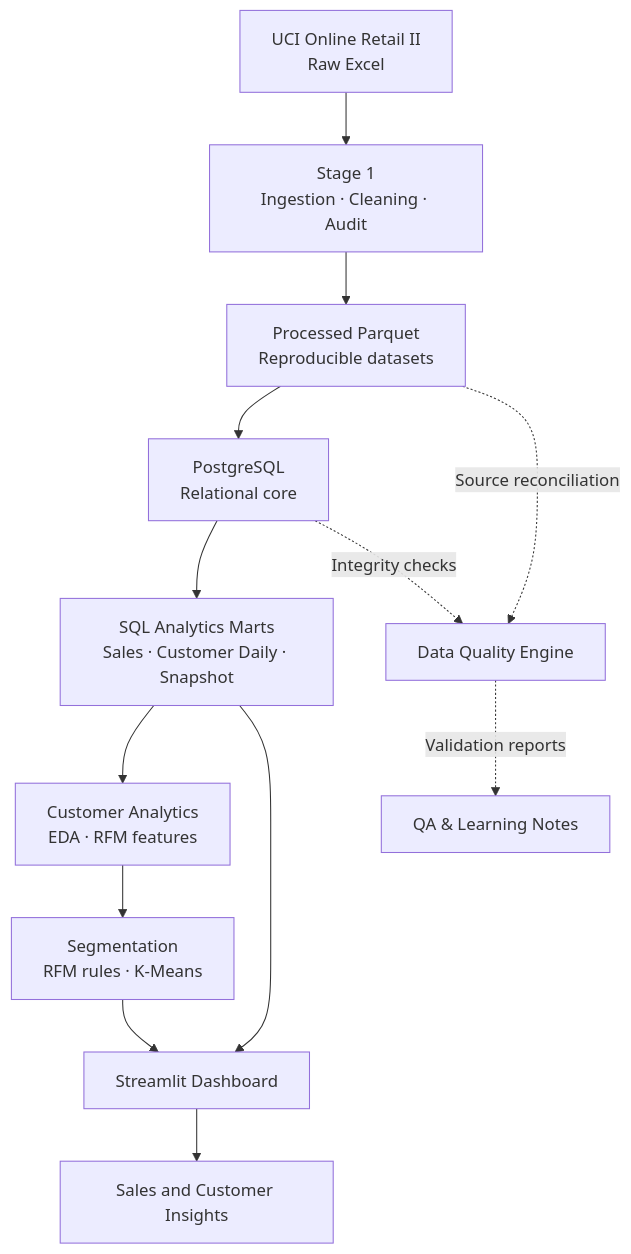
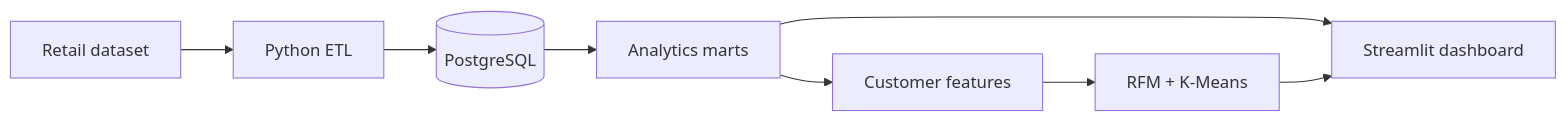
Before and after one commit to Vu-Viet-Phong/Vu-Viet-Phong: the diagram in README.md, drawn with Mermaid. The commit also changed other lines of this file, not shown here.

````diff
--- a/README.md
+++ b/README.md
@@ -56,15 +76,10 @@
 ```mermaid
-flowchart TD
-    A["UCI Online Retail II<br/>Raw Excel"] --> B["Stage 1<br/>Ingestion · Cleaning · Audit"]
-    B --> C["Processed Parquet<br/>Reproducible datasets"]
-    C --> D["PostgreSQL<br/>Relational core"]
-    D --> E["SQL Analytics Marts<br/>Sales · Customer Daily · Snapshot"]
-    C -. "Source reconciliation" .-> Q["Data Quality Engine"]
-    D -. "Integrity checks" .-> Q
-    E --> F["Customer Analytics<br/>EDA · RFM features"]
-    F --> G["Segmentation<br/>RFM rules · K-Means"]
-    E --> H["Streamlit Dashboard"]
-    G --> H
-    Q -. "Validation reports" .-> I["QA & Learning Notes"]
-    H --> J["Sales and Customer Insights"]
+flowchart LR
+    A[Retail dataset] --> B[Python ETL]
+    B --> C[(PostgreSQL)]
+    C --> D[Analytics marts]
+    D --> E[Customer features]
+    E --> F[RFM + K-Means]
+    D --> G[Streamlit dashboard]
+    F --> G
 ```
````
